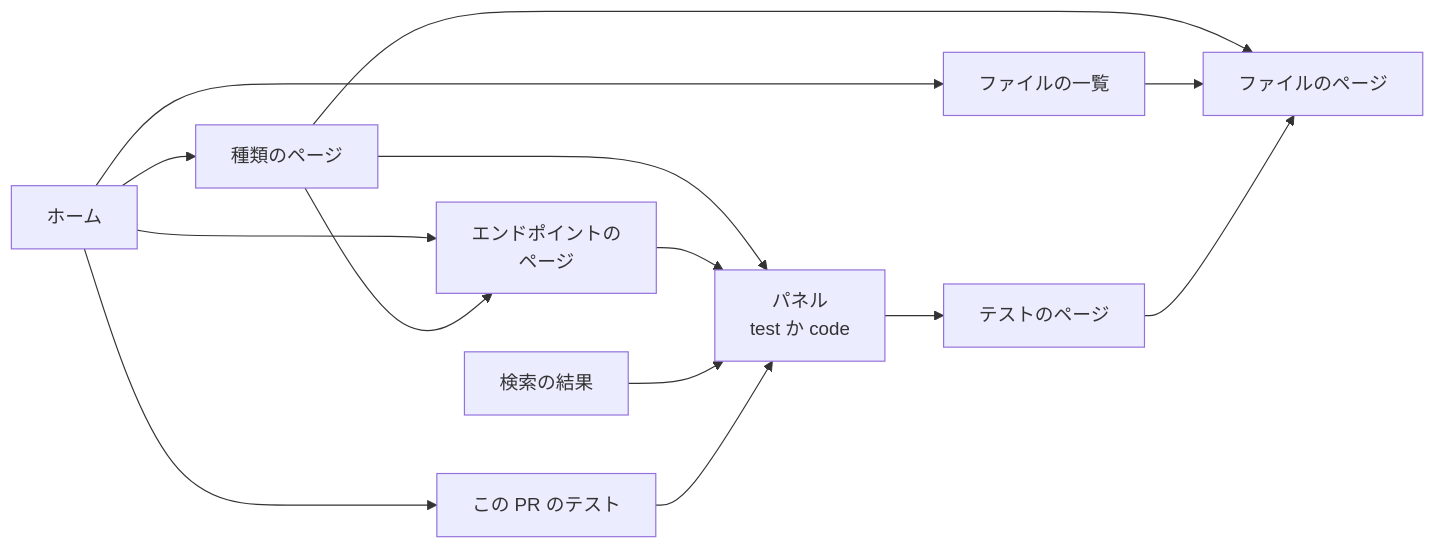
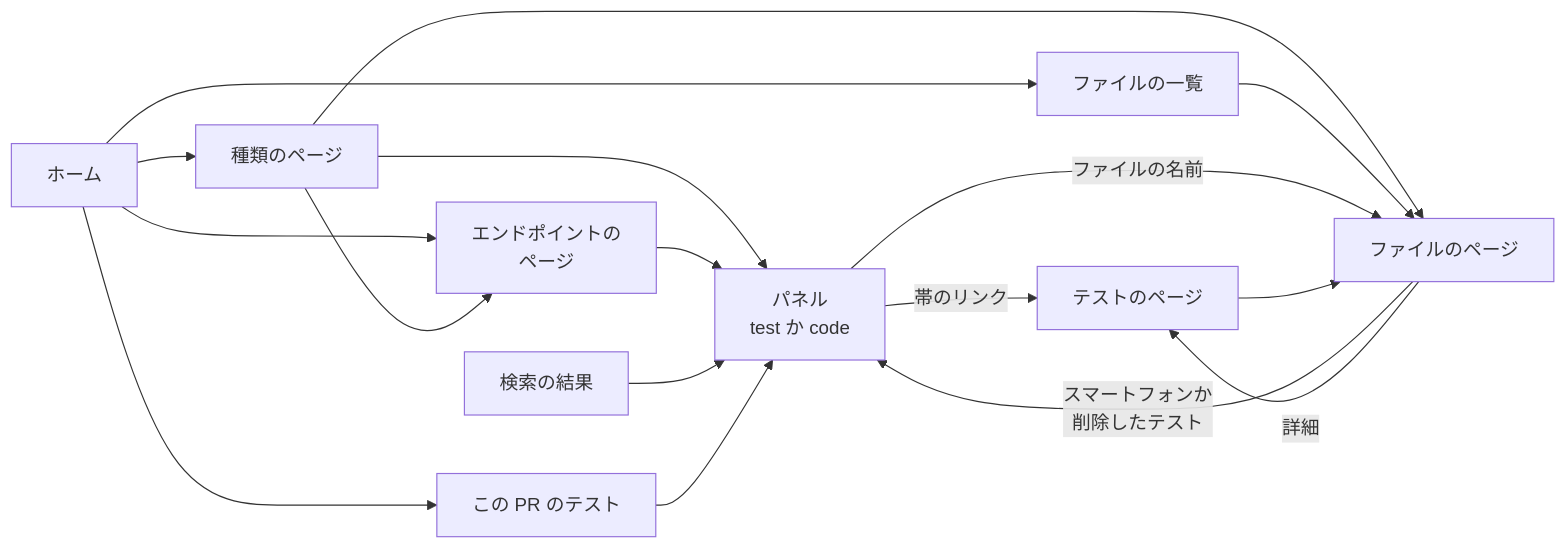
Before and after one commit to maronnjapan/maronn-openid-connect: diagram 11 of 42 in apps/tests/docs/06-viewer.md, drawn with Mermaid. The commit also changed other lines of this file and 11 other files, not shown here.

````diff
--- a/apps/tests/docs/06-viewer.md
+++ b/apps/tests/docs/06-viewer.md
@@ -612,25 +865,28 @@
 ```mermaid
 flowchart LR
   HOME["ホーム"]
   KIND["種類のページ"]
   EP["エンドポイントの<br/>ページ"]
   FILES["ファイルの一覧"]
   FILE["ファイルのページ"]
   SEARCH["検索の結果"]
   PR["この PR のテスト"]
   PANEL["パネル<br/>test か code"]
   TEST["テストのページ"]
   HOME --> KIND
   HOME --> EP
   HOME --> FILES
   HOME --> PR
   KIND --> EP
   KIND --> FILE
   FILES --> FILE
   KIND --> PANEL
   EP --> PANEL
   SEARCH --> PANEL
   PR --> PANEL
-  PANEL --> TEST
+  FILE -->|"スマートフォンか<br/>削除したテスト"| PANEL
+  FILE -->|"詳細"| TEST
+  PANEL -->|"帯のリンク"| TEST
+  PANEL -->|"ファイルの名前"| FILE
   TEST --> FILE
 ```
````
